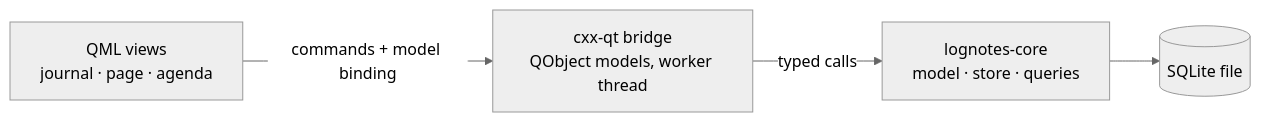
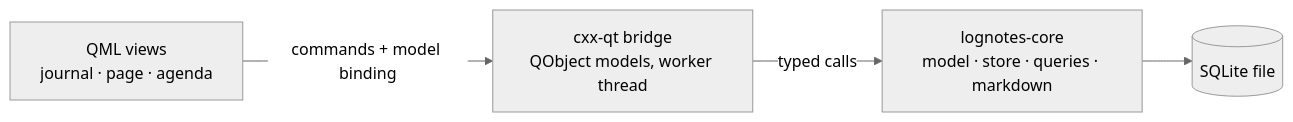
Before and after one commit to fmanso/LogNotes: the diagram in architecture.md, drawn with Mermaid (neutral theme). The commit also changed other lines of this file and 20 other files, not shown here.

````diff
--- a/architecture.md
+++ b/architecture.md
@@ -27,6 +27,6 @@
 ```mermaid
 flowchart LR
   qml[QML views<br/>journal · page · agenda] -->|commands + model binding| bridge[cxx-qt bridge<br/>QObject models, worker thread]
-  bridge -->|typed calls| core[lognotes-core<br/>model · store · queries]
+  bridge -->|typed calls| core[lognotes-core<br/>model · store · queries · markdown]
   core --> db[(SQLite file)]
 ```
````
